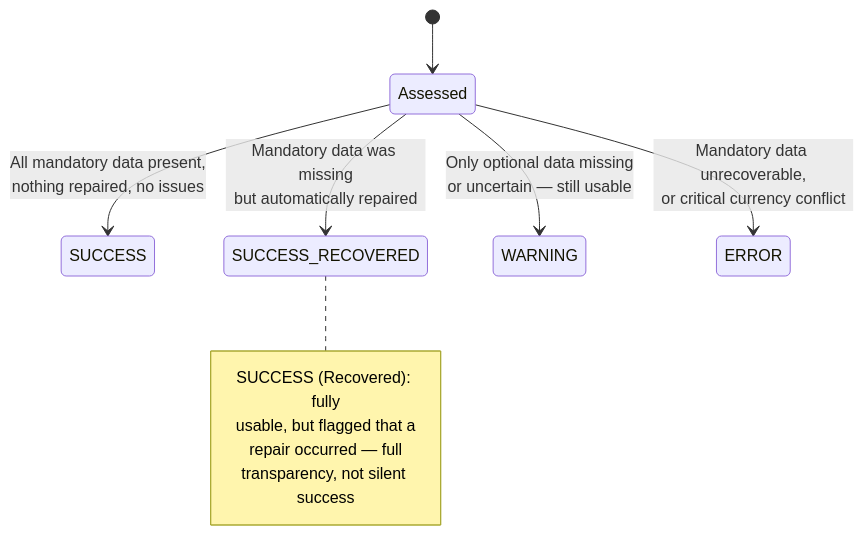
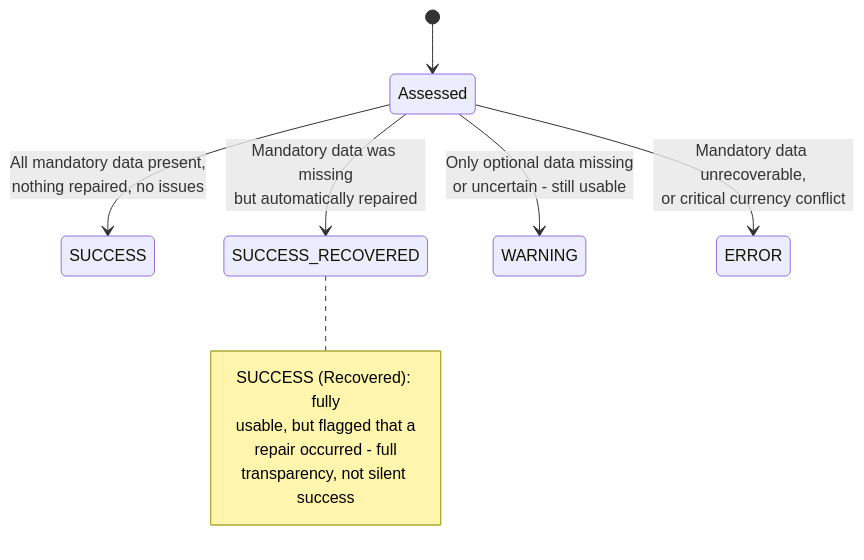
The third of 4 diagrams in README.md (hmahanta/invoiceload), drawn with Mermaid before and after one commit. The commit also changed other lines of this file, not shown here.

````diff
--- a/README.md
+++ b/README.md
@@ -264,15 +264,15 @@
 ```mermaid
 stateDiagram-v2
     [*] --> Assessed
     Assessed --> SUCCESS: All mandatory data present,<br/>nothing repaired, no issues
     Assessed --> SUCCESS_RECOVERED: Mandatory data was missing<br/>but automatically repaired
-    Assessed --> WARNING: Only optional data missing<br/>or uncertain — still usable
+    Assessed --> WARNING: Only optional data missing<br/>or uncertain - still usable
     Assessed --> ERROR: Mandatory data unrecoverable,<br/>or critical currency conflict
 
     note right of SUCCESS_RECOVERED
         SUCCESS (Recovered): fully
         usable, but flagged that a
-        repair occurred — full
+        repair occurred - full
         transparency, not silent success
     end note
 ```
````
